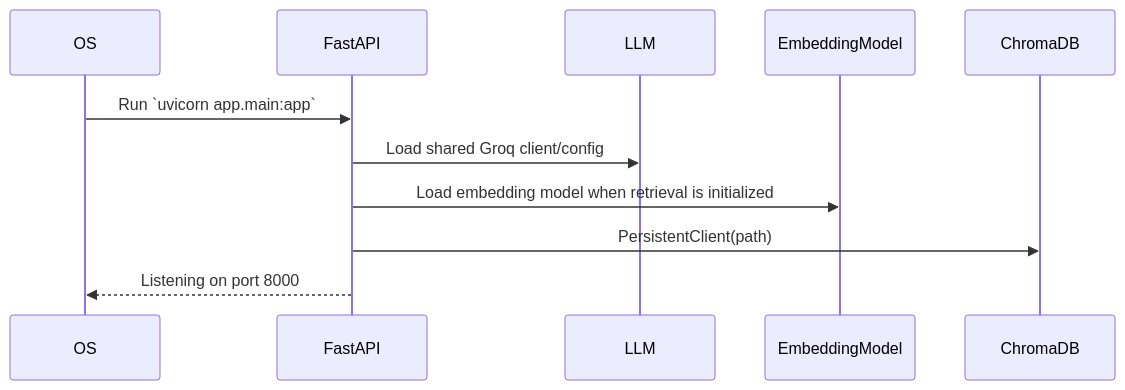
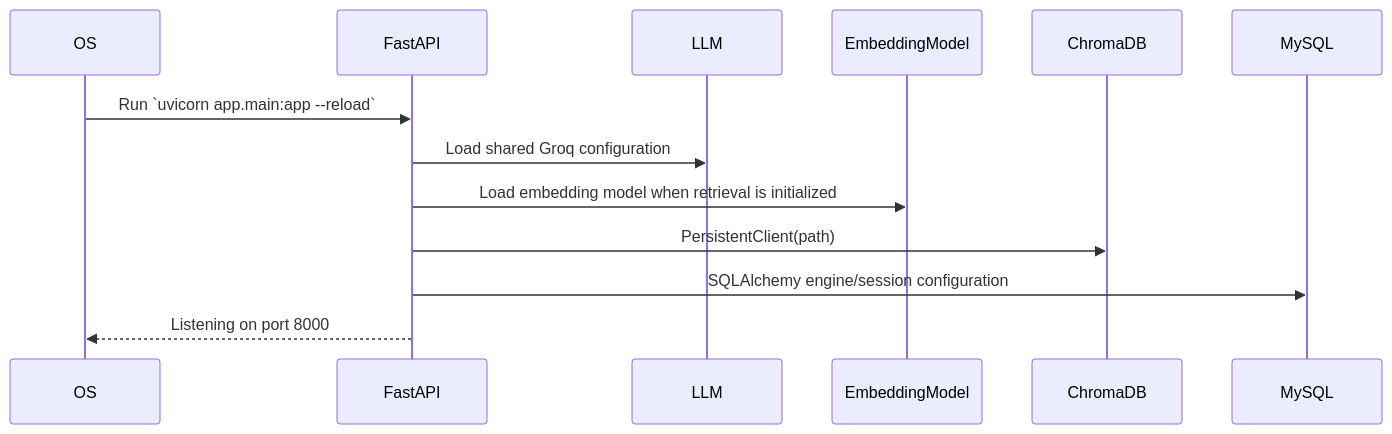
One commit to poojithamalaparaju-ctrl/Development-of-AI-Based-Knowledge-Retrieval-Platform-with-Query-Resolution-System changed the second of 8 diagrams in PROJECT_GUIDE.md. Above: the diagram before and after it, drawn with Mermaid. The commit also changed other lines of this file, not shown here.

````diff
--- a/PROJECT_GUIDE.md
+++ b/PROJECT_GUIDE.md
@@ -354,13 +660,15 @@
 ```mermaid
 sequenceDiagram
     participant OS
     participant FastAPI
     participant LLM
     participant EmbeddingModel
     participant ChromaDB
-    OS->>FastAPI: Run `uvicorn app.main:app`
-    FastAPI->>LLM: Load shared Groq client/config
+    participant MySQL
+    OS->>FastAPI: Run `uvicorn app.main:app --reload`
+    FastAPI->>LLM: Load shared Groq configuration
     FastAPI->>EmbeddingModel: Load embedding model when retrieval is initialized
     FastAPI->>ChromaDB: PersistentClient(path)
+    FastAPI->>MySQL: SQLAlchemy engine/session configuration
     FastAPI-->>OS: Listening on port 8000
 ```
````
